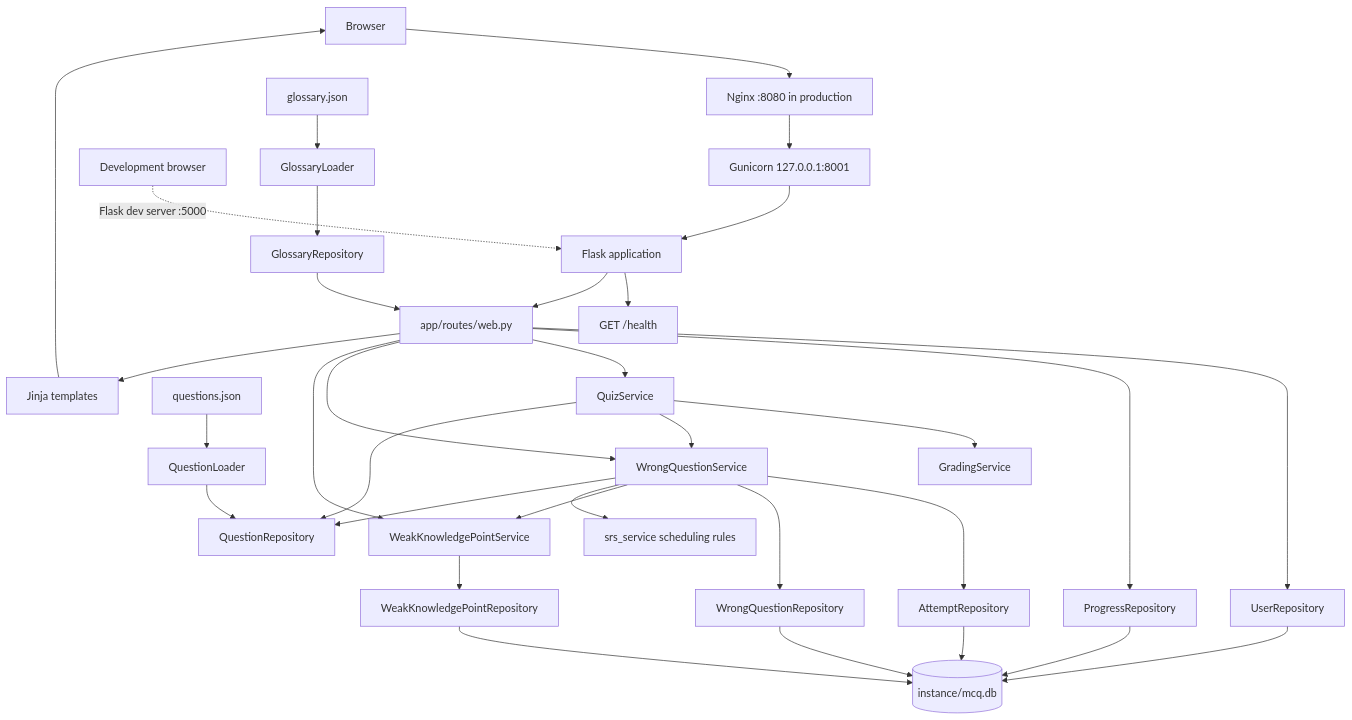
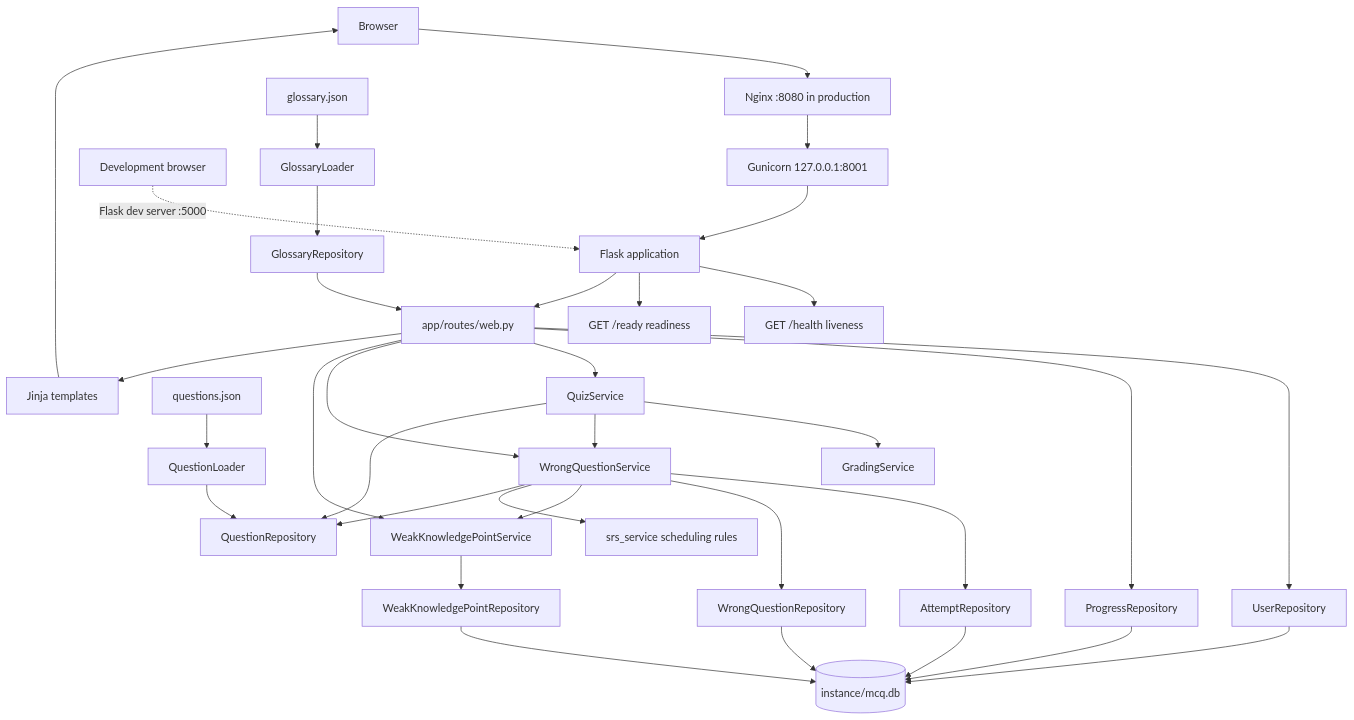
The first of 2 diagrams in docs/ARCHITECTURE.md (BestDownLoader365/Classroom-multiple-choice-study-assistant), drawn with Mermaid before and after one commit. The commit also changed other lines of this file and 13 other files, not shown here.

````diff
--- a/docs/ARCHITECTURE.md
+++ b/docs/ARCHITECTURE.md
@@ -45,35 +45,36 @@
 ```mermaid
 flowchart TD
     Browser[Browser] --> Nginx[Nginx :8080 in production]
     Nginx --> Gunicorn[Gunicorn 127.0.0.1:8001]
     Gunicorn --> FlaskApp[Flask application]
     DevBrowser[Development browser] -. Flask dev server :5000 .-> FlaskApp
-    FlaskApp --> Health[GET /health]
+    FlaskApp --> Health[GET /health liveness]
+    FlaskApp --> Ready[GET /ready readiness]
     FlaskApp --> Routes[app/routes/web.py]
     Routes --> UserRepo[UserRepository]
     Routes --> ProgressRepo[ProgressRepository]
     Routes --> QuizService[QuizService]
     Routes --> WrongService[WrongQuestionService]
     Routes --> WeakService[WeakKnowledgePointService]
     QuizService --> Grading[GradingService]
     QuizService --> WrongService
     WrongService --> AttemptRepo[AttemptRepository]
     WrongService --> WrongRepo[WrongQuestionRepository]
     WrongService --> WeakService
     WrongService --> SRS[srs_service scheduling rules]
     WeakService --> WeakRepo[WeakKnowledgePointRepository]
     QuizService --> QuestionRepo[QuestionRepository]
     WrongService --> QuestionRepo
     UserRepo --> SQLite[(instance/mcq.db)]
     ProgressRepo --> SQLite
     AttemptRepo --> SQLite
     WrongRepo --> SQLite
     WeakRepo --> SQLite
     JSON[questions.json] --> Loader[QuestionLoader]
     Loader --> QuestionRepo
     GlossaryJSON[glossary.json] --> GlossaryLoader[GlossaryLoader]
     GlossaryLoader --> GlossaryRepo[GlossaryRepository]
     GlossaryRepo --> Routes
     Routes --> Templates[Jinja templates]
     Templates --> Browser
 ```
````
